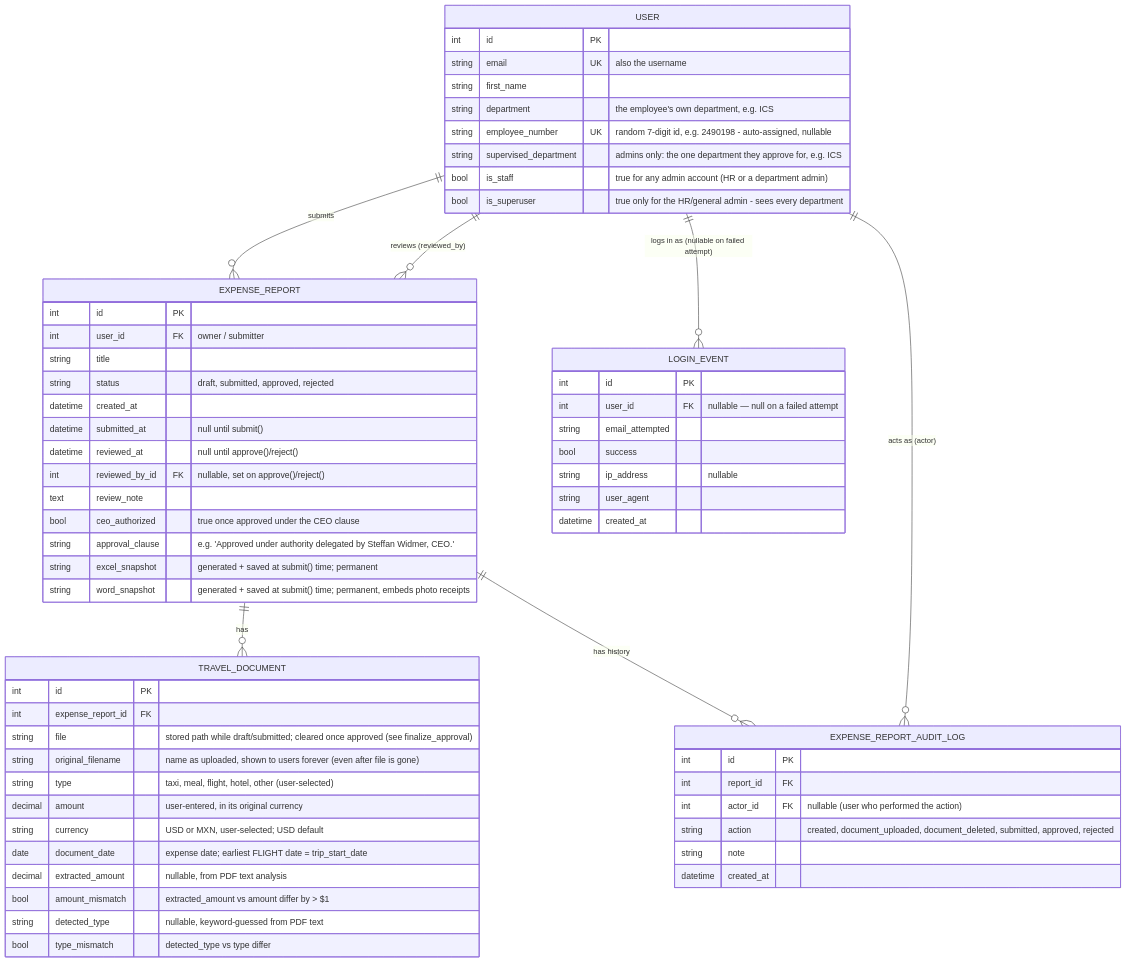
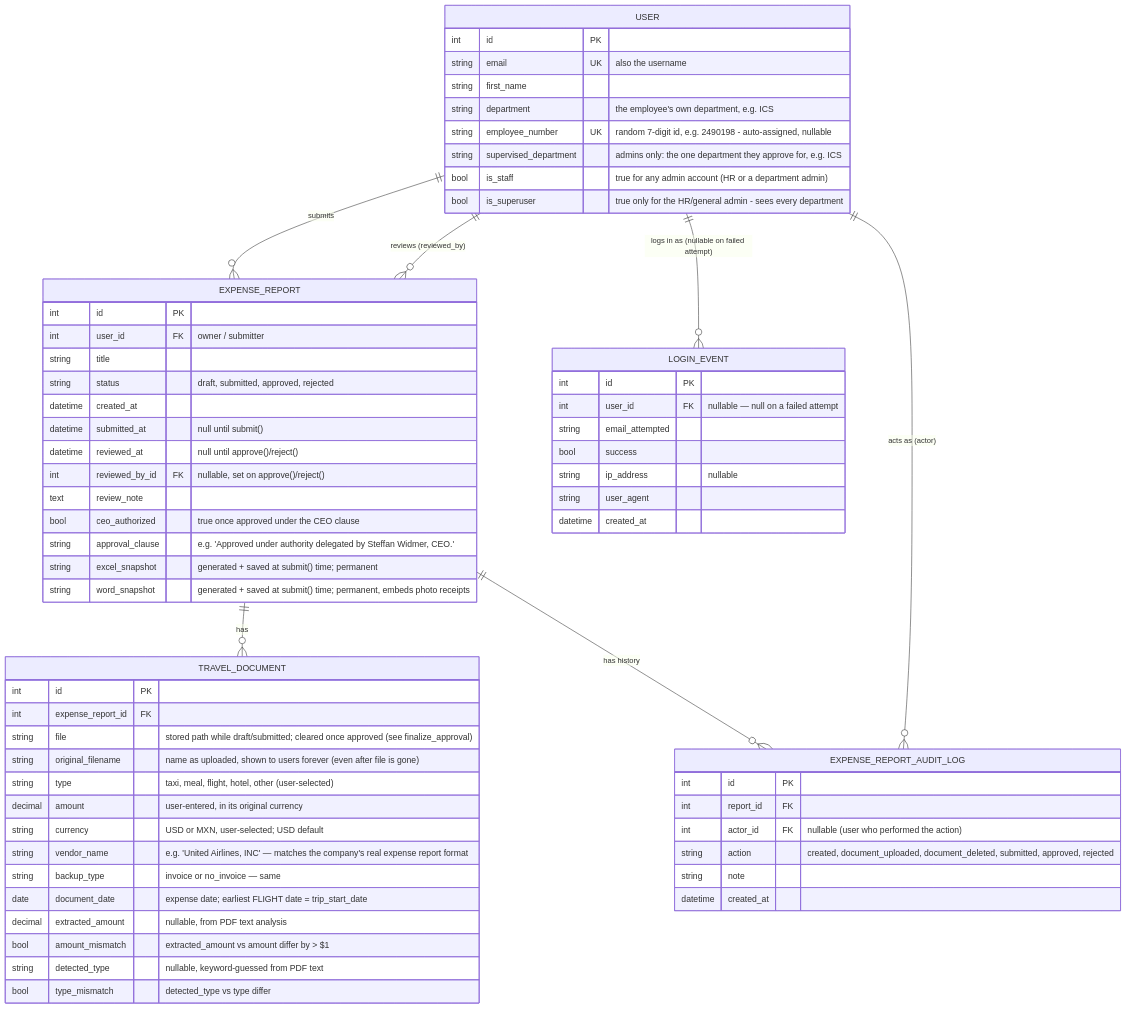
The diagram in lab2/docs/DATA_MODEL.md (axelvalenzuela/Claude-Dev), drawn with Mermaid before and after one commit. The commit also changed 16 other files, not shown here.

First line of the commit message:
lab2: expense table matches the company's real Advance & Expense Report format

````diff
--- a/lab2/docs/DATA_MODEL.md
+++ b/lab2/docs/DATA_MODEL.md
@@ -9,70 +9,72 @@
 ```mermaid
 erDiagram
     USER ||--o{ EXPENSE_REPORT : "submits"
     USER ||--o{ EXPENSE_REPORT : "reviews (reviewed_by)"
     USER ||--o{ LOGIN_EVENT : "logs in as (nullable on failed attempt)"
     USER ||--o{ EXPENSE_REPORT_AUDIT_LOG : "acts as (actor)"
     EXPENSE_REPORT ||--o{ TRAVEL_DOCUMENT : "has"
     EXPENSE_REPORT ||--o{ EXPENSE_REPORT_AUDIT_LOG : "has history"
 
     USER {
         int id PK
         string email UK "also the username"
         string first_name
         string department "the employee's own department, e.g. ICS"
         string employee_number UK "random 7-digit id, e.g. 2490198 - auto-assigned, nullable"
         string supervised_department "admins only: the one department they approve for, e.g. ICS"
         bool is_staff "true for any admin account (HR or a department admin)"
         bool is_superuser "true only for the HR/general admin - sees every department"
     }
 
     EXPENSE_REPORT {
         int id PK
         int user_id FK "owner / submitter"
         string title
         string status "draft, submitted, approved, rejected"
         datetime created_at
         datetime submitted_at "null until submit()"
         datetime reviewed_at "null until approve()/reject()"
         int reviewed_by_id FK "nullable, set on approve()/reject()"
         text review_note
         bool ceo_authorized "true once approved under the CEO clause"
         string approval_clause "e.g. 'Approved under authority delegated by Steffan Widmer, CEO.'"
         string excel_snapshot "generated + saved at submit() time; permanent"
         string word_snapshot "generated + saved at submit() time; permanent, embeds photo receipts"
     }
 
     TRAVEL_DOCUMENT {
         int id PK
         int expense_report_id FK
         string file "stored path while draft/submitted; cleared once approved (see finalize_approval)"
         string original_filename "name as uploaded, shown to users forever (even after file is gone)"
         string type "taxi, meal, flight, hotel, other (user-selected)"
         decimal amount "user-entered, in its original currency"
         string currency "USD or MXN, user-selected; USD default"
+        string vendor_name "e.g. 'United Airlines, INC' — matches the company's real expense report format"
+        string backup_type "invoice or no_invoice — same"
         date document_date "expense date; earliest FLIGHT date = trip_start_date"
         decimal extracted_amount "nullable, from PDF text analysis"
         bool amount_mismatch "extracted_amount vs amount differ by > $1"
         string detected_type "nullable, keyword-guessed from PDF text"
         bool type_mismatch "detected_type vs type differ"
     }
 
     EXPENSE_REPORT_AUDIT_LOG {
         int id PK
         int report_id FK
         int actor_id FK "nullable (user who performed the action)"
         string action "created, document_uploaded, document_deleted, submitted, approved, rejected"
         string note
         datetime created_at
     }
 
     LOGIN_EVENT {
         int id PK
         int user_id FK "nullable — null on a failed attempt"
         string email_attempted
         bool success
         string ip_address "nullable"
         string user_agent
         datetime created_at
     }
 ```
````
